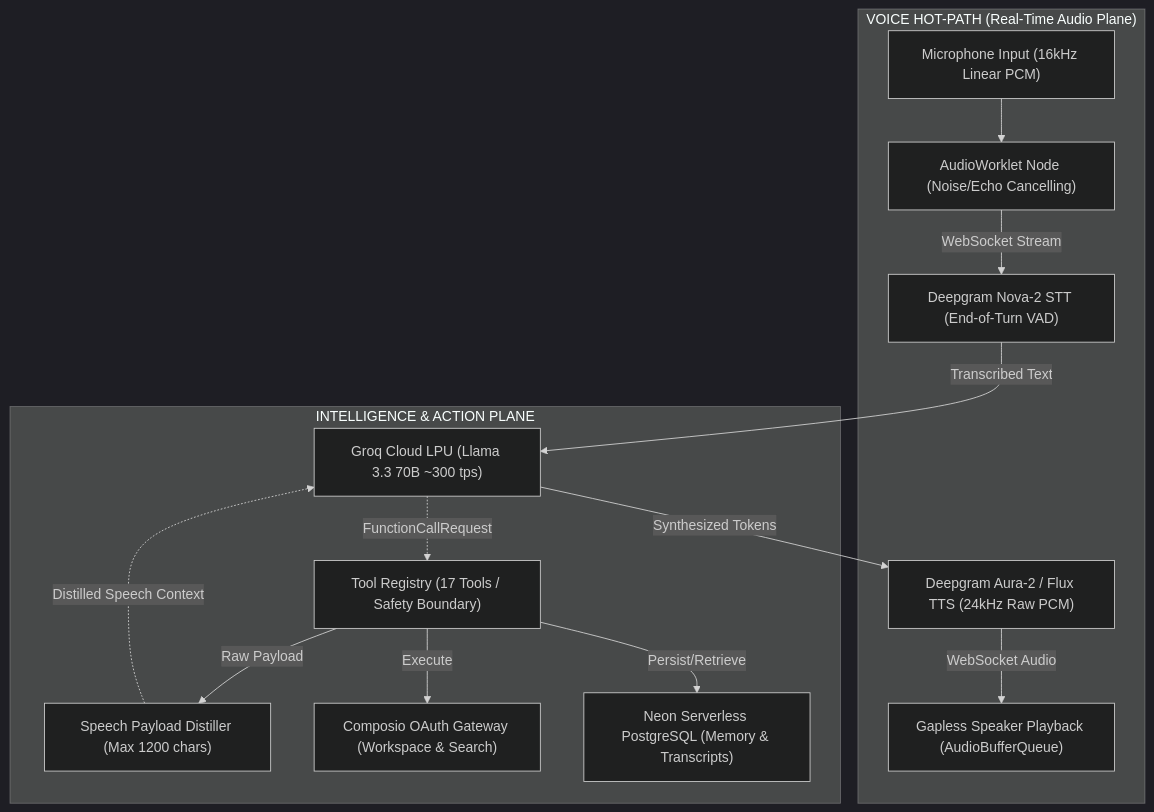
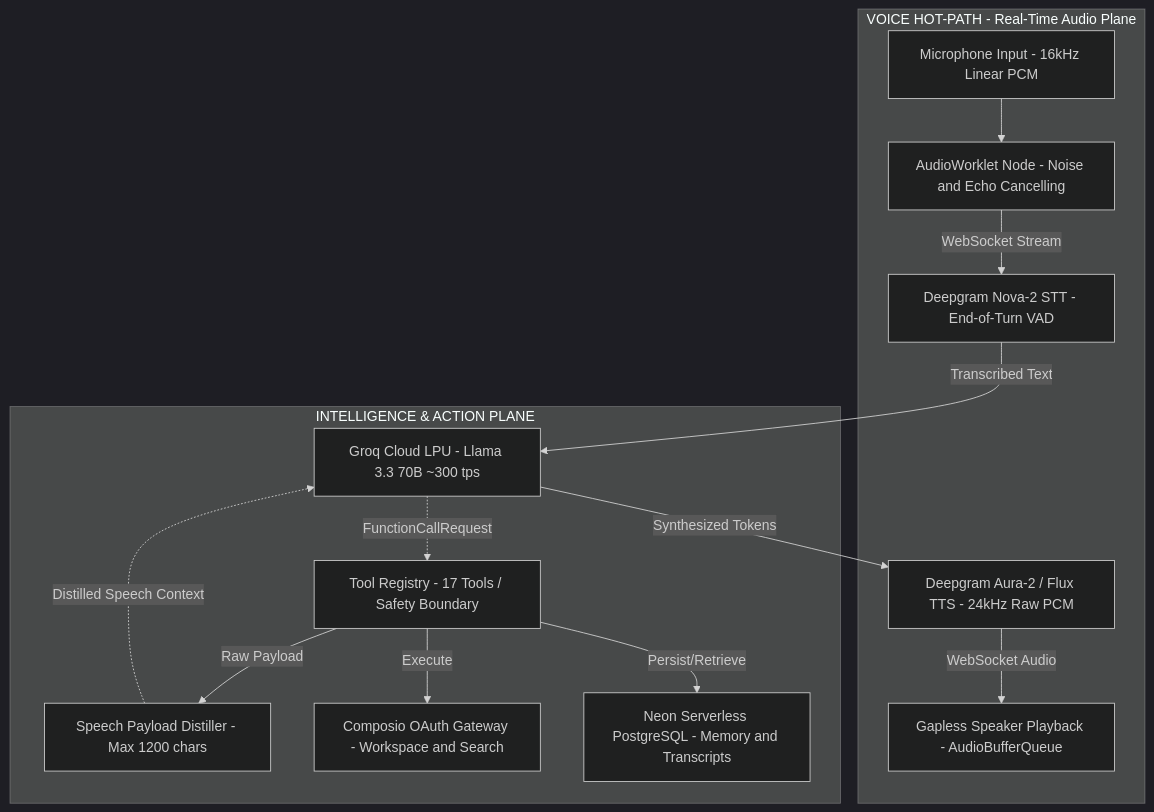
Before and after one commit to Courage-7/Voice-Agent: the first of 2 diagrams in README.md, drawn with Mermaid (dark theme). The commit also changed other lines of this file, not shown here.

First line of the commit message:
docs: fix mermaid diagrams and test commands

````diff
--- a/README.md
+++ b/README.md
@@ -83,30 +83,30 @@
 ```mermaid
 flowchart TB
-    subgraph HotPath ["VOICE HOT-PATH (Real-Time Audio Plane)"]
-        Mic["Microphone Input (16kHz Linear PCM)"]
-        AudioWorklet["AudioWorklet Node (Noise/Echo Cancelling)"]
-        DG_STT["Deepgram Nova-2 STT (End-of-Turn VAD)"]
-        DG_TTS["Deepgram Aura-2 / Flux TTS (24kHz Raw PCM)"]
-        Speaker["Gapless Speaker Playback (AudioBufferQueue)"]
+    subgraph HotPath["VOICE HOT-PATH - Real-Time Audio Plane"]
+        Mic["Microphone Input - 16kHz Linear PCM"]
+        AudioWorklet["AudioWorklet Node - Noise and Echo Cancelling"]
+        DG_STT["Deepgram Nova-2 STT - End-of-Turn VAD"]
+        DG_TTS["Deepgram Aura-2 / Flux TTS - 24kHz Raw PCM"]
+        Speaker["Gapless Speaker Playback - AudioBufferQueue"]
     end
 
-    subgraph ReasoningPlane ["INTELLIGENCE & ACTION PLANE"]
-        Groq["Groq Cloud LPU (Llama 3.3 70B ~300 tps)"]
-        Distiller["Speech Payload Distiller (Max 1200 chars)"]
-        Registry["Tool Registry (17 Tools / Safety Boundary)"]
-        Composio["Composio OAuth Gateway (Workspace & Search)"]
-        Neon["Neon Serverless PostgreSQL (Memory & Transcripts)"]
+    subgraph ReasoningPlane["INTELLIGENCE & ACTION PLANE"]
+        Groq["Groq Cloud LPU - Llama 3.3 70B ~300 tps"]
+        Distiller["Speech Payload Distiller - Max 1200 chars"]
+        Registry["Tool Registry - 17 Tools / Safety Boundary"]
+        Composio["Composio OAuth Gateway - Workspace and Search"]
+        Neon["Neon Serverless PostgreSQL - Memory and Transcripts"]
     end
 
     Mic --> AudioWorklet
     AudioWorklet -->|WebSocket Stream| DG_STT
     DG_STT -->|Transcribed Text| Groq
     Groq -->|Synthesized Tokens| DG_TTS
     DG_TTS -->|WebSocket Audio| Speaker
 
     Groq -.->|FunctionCallRequest| Registry
     Registry -->|Execute| Composio
     Registry -->|Persist/Retrieve| Neon
     Registry -->|Raw Payload| Distiller
     Distiller -.->|Distilled Speech Context| Groq
 ```
````
